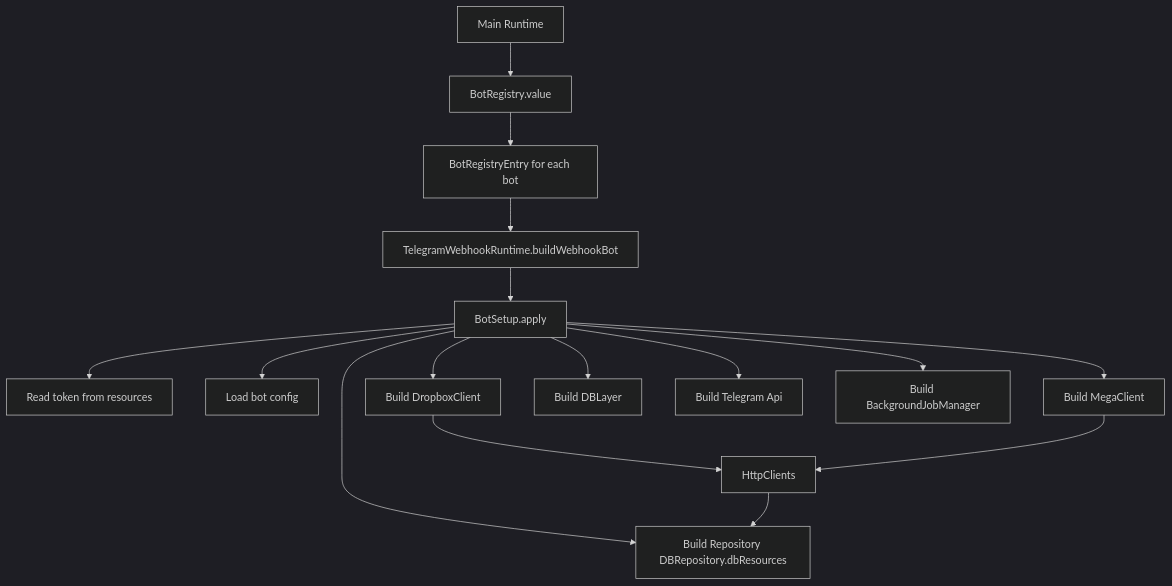
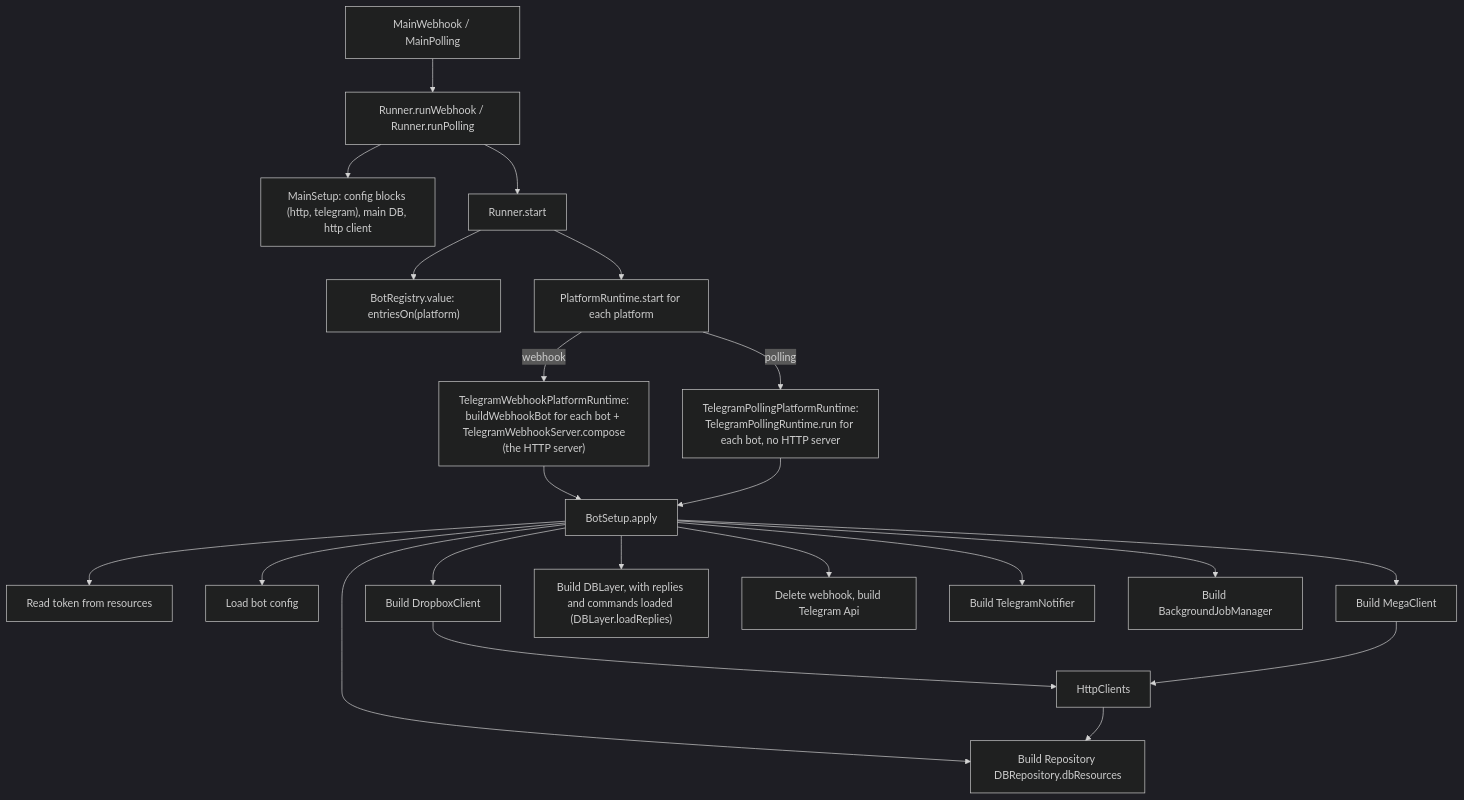
The first of 6 diagrams in docs/bot-logic-overview.md (benkio/sBots), drawn with Mermaid (dark theme) before and after one commit. The commit also changed other lines of this file and 4 other files, not shown here.

First line of the commit message:
Docs refresh for the platform architecture

````diff
--- a/docs/bot-logic-overview.md
+++ b/docs/bot-logic-overview.md
@@ -11,20 +16,28 @@
 ```mermaid
 flowchart TD
-  A["Main Runtime"] --> B["BotRegistry.value"]
-  B --> C["BotRegistryEntry for each bot"]
-  C --> D["TelegramWebhookRuntime.buildWebhookBot"]
-  D --> E["BotSetup.apply"]
+  A["MainWebhook / MainPolling"] --> R["Runner.runWebhook / Runner.runPolling"]
+  R --> S["MainSetup: config blocks (http, telegram), main DB, http client"]
+  R --> T["Runner.start"]
+  T --> U["BotRegistry.value: entriesOn(platform)"]
+  T --> V["PlatformRuntime.start for each platform"]
+
+  V -->|webhook| W["TelegramWebhookPlatformRuntime:<br/>buildWebhookBot for each bot + TelegramWebhookServer.compose<br/>(the HTTP server)"]
+  V -->|polling| X["TelegramPollingPlatformRuntime:<br/>TelegramPollingRuntime.run for each bot, no HTTP server"]
+
+  W --> E["BotSetup.apply"]
+  X --> E
 
   E --> F["Read token from resources"]
   E --> G["Load bot config"]
   E --> H["Build DropboxClient"]
   E --> I["Build MegaClient"]
-  E --> J["Build DBLayer"]
+  E --> J["Build DBLayer, with replies and commands loaded (DBLayer.loadReplies)"]
   E --> K["Build Repository DBRepository.dbResources"]
-  E --> L["Build Telegram Api"]
+  E --> L["Delete webhook, build Telegram Api"]
+  E --> N2["Build TelegramNotifier"]
   E --> M["Build BackgroundJobManager"]
 
   H --> N["HttpClients"]
   I --> N
   N --> K
 ```
````
